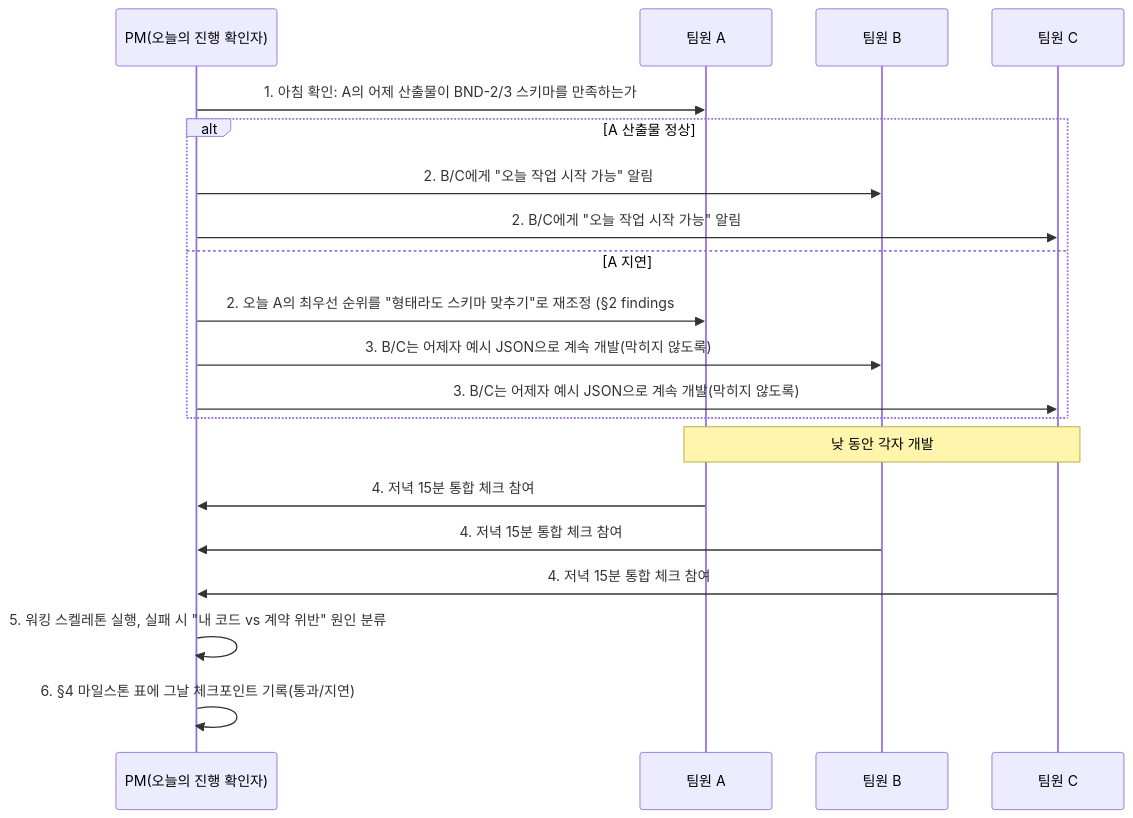
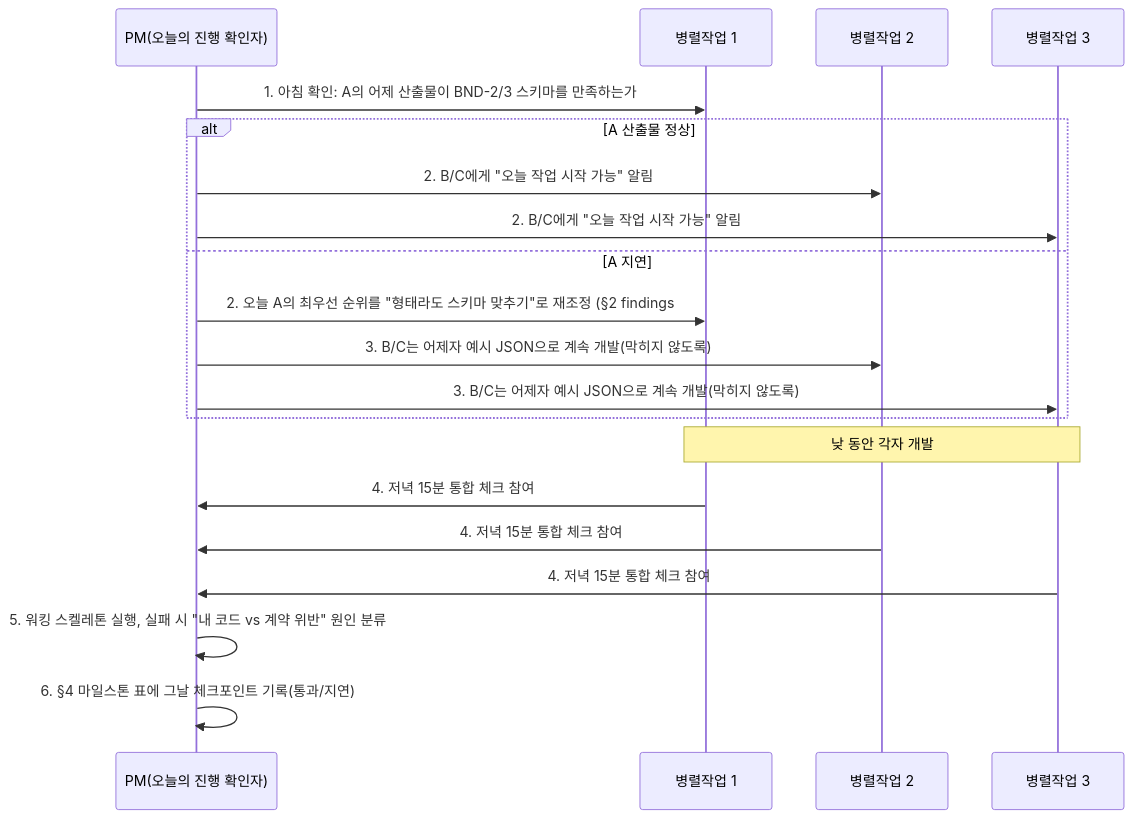
The diagram in docs/hackathon/PM_ORCHESTRATION.md (kyungsikjeung/agt001), drawn with Mermaid before and after one commit. The commit also changed other lines of this file and 76 other files, not shown here.

````diff
--- a/docs/hackathon/PM_ORCHESTRATION.md
+++ b/docs/hackathon/PM_ORCHESTRATION.md
@@ -68,23 +68,23 @@
 ```mermaid
 sequenceDiagram
     participant PM as PM(오늘의 진행 확인자)
-    participant A as 팀원 A
-    participant B as 팀원 B
-    participant C as 팀원 C
+    participant A as 병렬작업 1
+    participant B as 병렬작업 2
+    participant C as 병렬작업 3
 
     PM->>A: 1. 아침 확인: A의 어제 산출물이 BND-2/3 스키마를 만족하는가
     alt A 산출물 정상
         PM->>B: 2. B/C에게 "오늘 작업 시작 가능" 알림
         PM->>C: 2. B/C에게 "오늘 작업 시작 가능" 알림
     else A 지연
         PM->>A: 2. 오늘 A의 최우선 순위를 "형태라도 스키마 맞추기"로 재조정 (§2 findings #6)
         PM->>B: 3. B/C는 어제자 예시 JSON으로 계속 개발(막히지 않도록)
         PM->>C: 3. B/C는 어제자 예시 JSON으로 계속 개발(막히지 않도록)
     end
     Note over A,C: 낮 동안 각자 개발
     A->>PM: 4. 저녁 15분 통합 체크 참여
     B->>PM: 4. 저녁 15분 통합 체크 참여
     C->>PM: 4. 저녁 15분 통합 체크 참여
     PM->>PM: 5. 워킹 스켈레톤 실행, 실패 시 "내 코드 vs 계약 위반" 원인 분류
     PM->>PM: 6. §4 마일스톤 표에 그날 체크포인트 기록(통과/지연)
 ```
````
